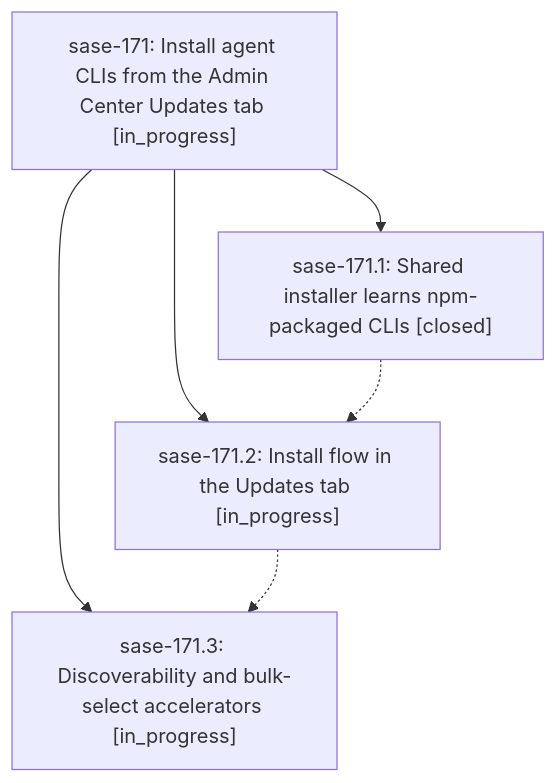
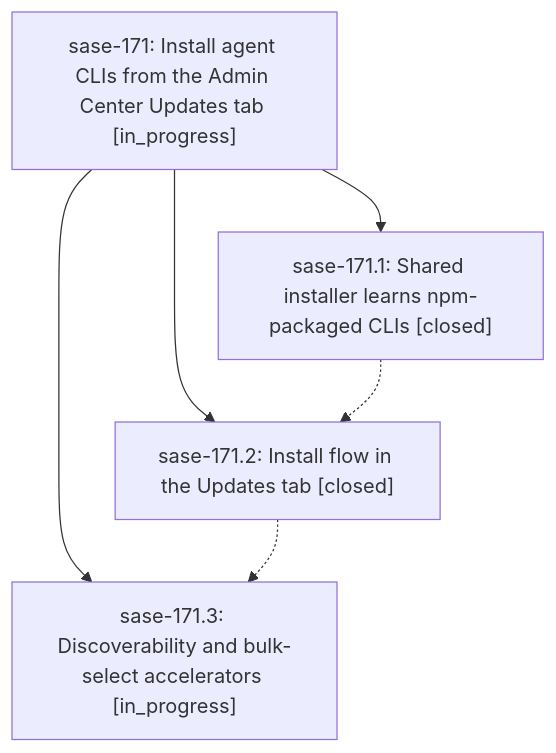
The diagram in pages/sase-171/README.md (sase-org/sase--beads), drawn with Mermaid before and after one commit. The commit also changed other lines of this file and 3 other files, not shown here.

````diff
--- a/pages/sase-171/README.md
+++ b/pages/sase-171/README.md
@@ -24,12 +24,12 @@
 ```mermaid
 flowchart TD
     n0["sase-171: Install agent CLIs from the Admin Center Updates tab [in_progress]"]
     n1["sase-171.1: Shared installer learns npm-packaged CLIs [closed]"]
-    n2["sase-171.2: Install flow in the Updates tab [in_progress]"]
+    n2["sase-171.2: Install flow in the Updates tab [closed]"]
     n3["sase-171.3: Discoverability and bulk-select accelerators [in_progress]"]
     n0 --> n1
     n0 --> n2
     n0 --> n3
     n1 -.-> n2
     n2 -.-> n3
 ```
````
